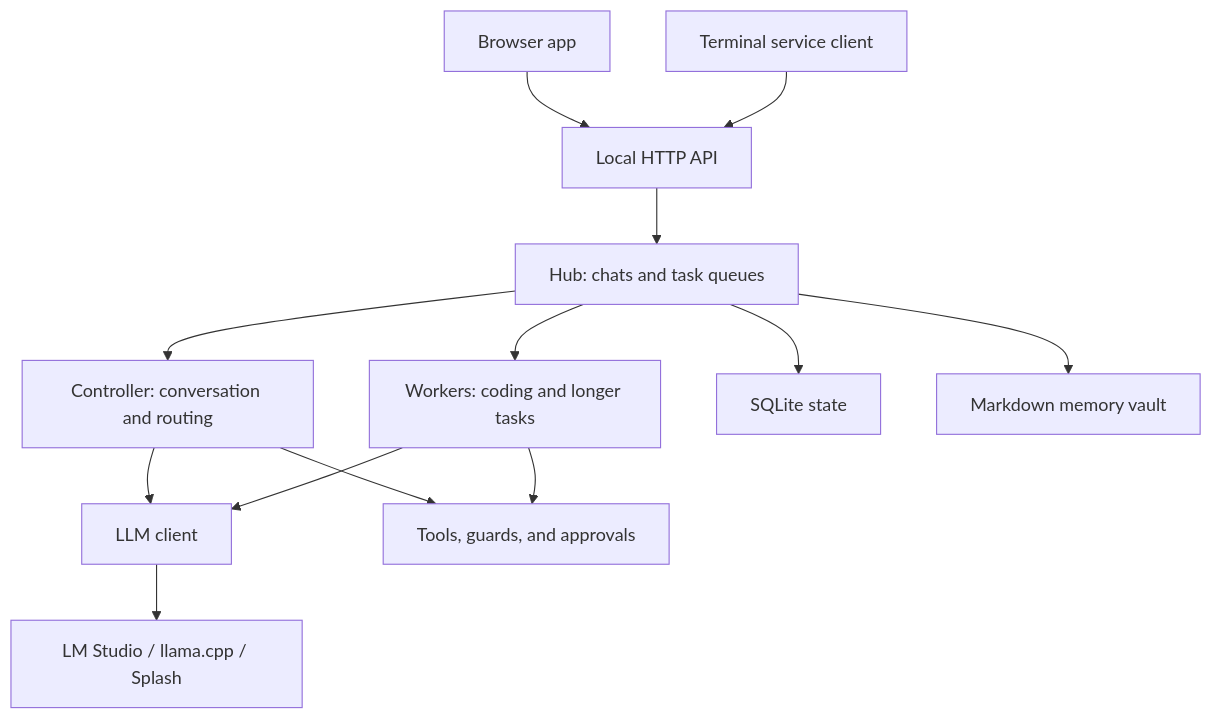
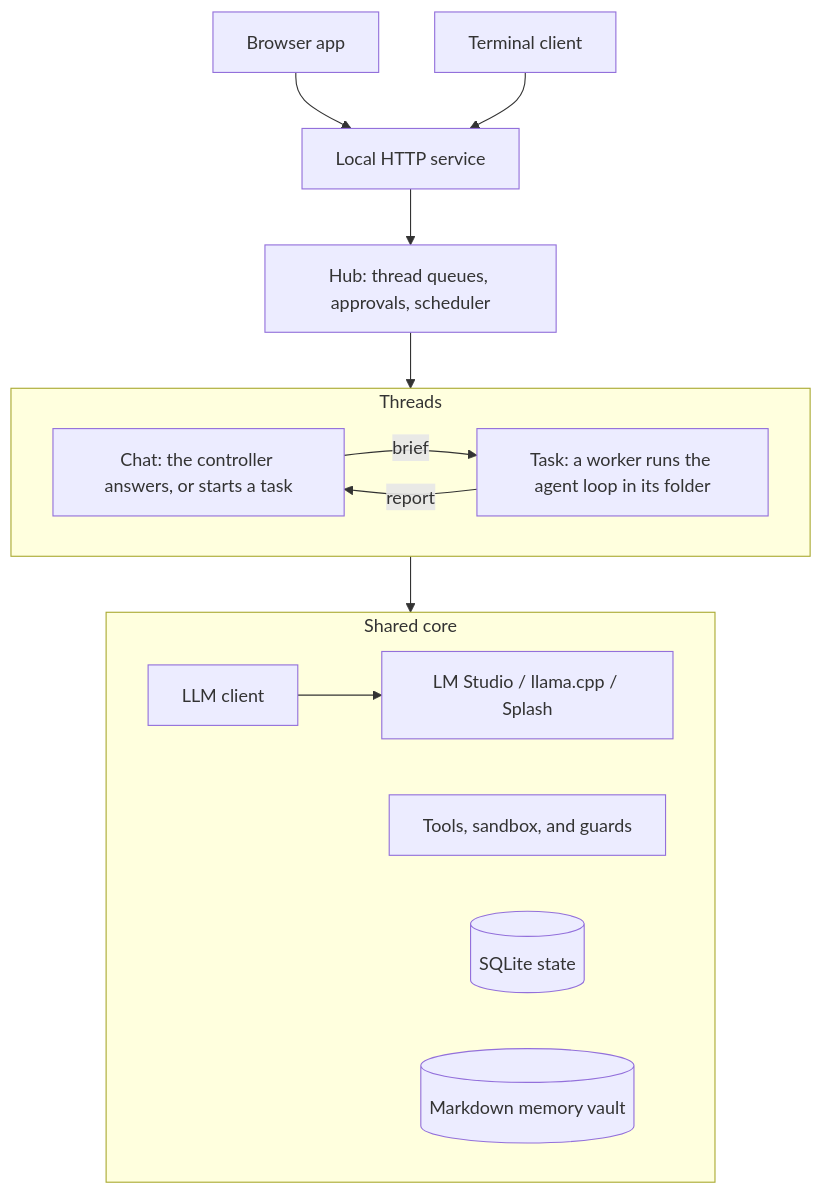
Before and after one commit to SohamNehra/Claire-V2: the diagram in README.md, drawn with Mermaid. The commit also changed other lines of this file and 3 other files, not shown here.

First line of the commit message:
README: one screenshot under the title, and an architecture diagram that shows the chat-to-task handoff

````diff
--- a/README.md
+++ b/README.md
@@ -162,15 +164,19 @@
 ```mermaid
 flowchart TD
-    Web[Browser app] --> Service[Local HTTP API]
-    CLI[Terminal service client] --> Service
-    Service --> Hub[Hub: chats and task queues]
-    Hub --> Controller[Controller: conversation and routing]
-    Hub --> Worker[Workers: coding and longer tasks]
-    Controller --> LLM[LLM client]
-    Worker --> LLM
-    LLM --> Runtime[LM Studio / llama.cpp / Splash]
-    Controller --> Tools[Tools, guards, and approvals]
-    Worker --> Tools
-    Hub --> Store[SQLite state]
-    Hub --> Vault[Markdown memory vault]
+    Web[Browser app] --> API[Local HTTP service]
+    Term[Terminal client] --> API
+    API --> Hub["Hub: thread queues, approvals, scheduler"]
+    Hub --> Threads
+    subgraph Threads["Threads"]
+        direction LR
+        Chat["Chat: the controller answers, or starts a task"] -->|brief| Task["Task: a worker runs the agent loop in its folder"]
+        Task -->|report| Chat
+    end
+    Threads --> Core
+    subgraph Core["Shared core"]
+        LLM[LLM client] --> Runtime[LM Studio / llama.cpp / Splash]
+        Tools[Tools, sandbox, and guards]
+        Store[(SQLite state)]
+        Vault[(Markdown memory vault)]
+    end
 ```
````
